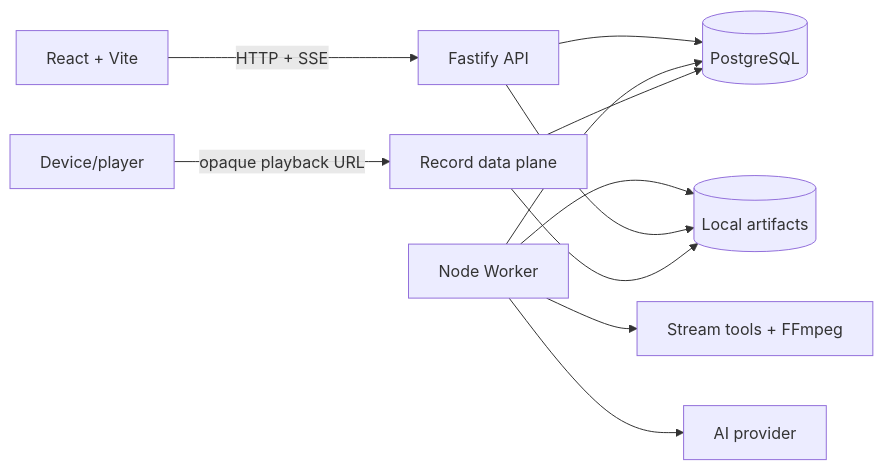
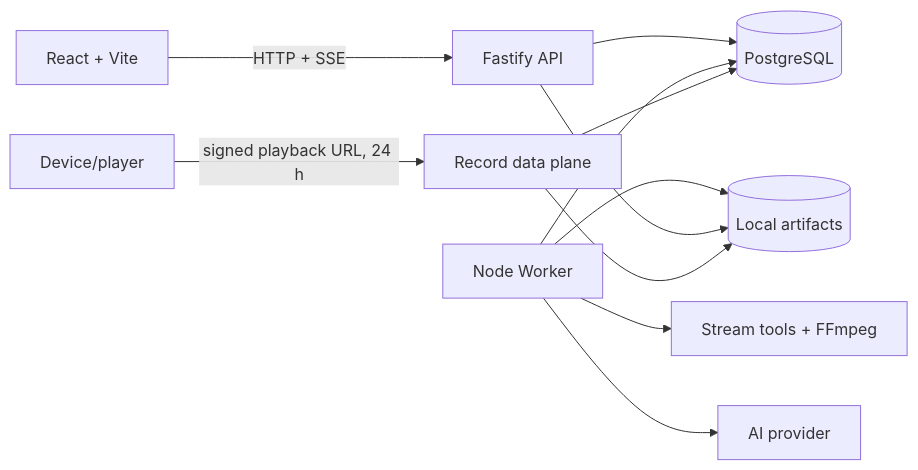
One commit to gugaio/videoharness changed the first of 4 diagrams in docs/architecture/README.md. Above: the diagram before and after it, drawn with Mermaid. The commit also changed other lines of this file and 95 other files, not shown here.

````diff
--- a/docs/architecture/README.md
+++ b/docs/architecture/README.md
@@ -10,13 +10,13 @@
 ```mermaid
 flowchart LR
     Browser[React + Vite] -->|HTTP + SSE| API[Fastify API]
     API --> DB[(PostgreSQL)]
     Worker[Node Worker] --> DB
     Worker --> Tools[Stream tools + FFmpeg]
     Worker --> AI[AI provider]
     Worker --> FS[(Local artifacts)]
     API --> FS
-    Device[Device/player] -->|opaque playback URL| Delivery[Record data plane]
+    Device[Device/player] -->|signed playback URL, 24 h| Delivery[Record data plane]
     Delivery --> FS
     Delivery --> DB
 ```
````
